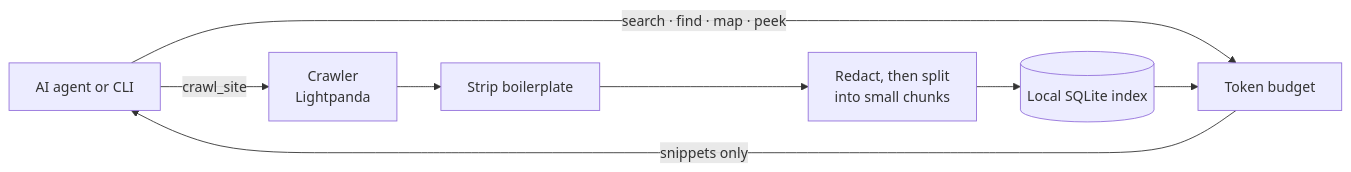
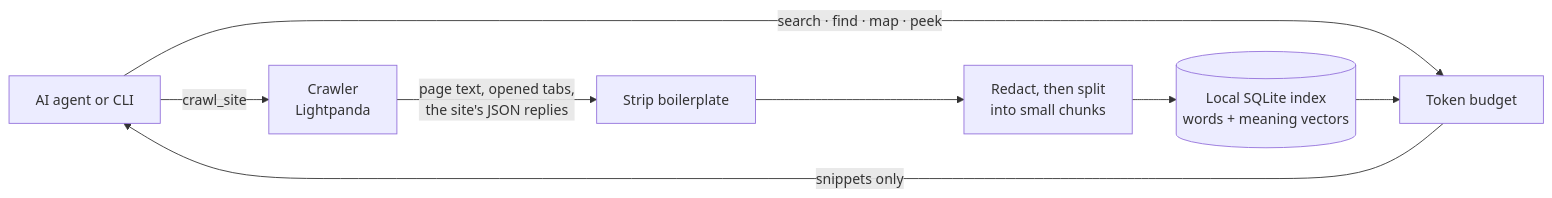
The diagram in README.md (Baimmmss/veilcrawl), drawn with Mermaid before and after one commit. The commit also changed other lines of this file and 14 other files, not shown here.

````diff
--- a/README.md
+++ b/README.md
@@ -217,10 +244,10 @@
 ```mermaid
 flowchart LR
     Agent["AI agent or CLI"] -->|crawl_site| Crawler["Crawler<br/>Lightpanda"]
-    Crawler --> Extract["Strip boilerplate"]
+    Crawler -->|"page text, opened tabs,<br/>the site's JSON replies"| Extract["Strip boilerplate"]
     Extract --> Redact["Redact, then split<br/>into small chunks"]
-    Redact --> Index[("Local SQLite index")]
+    Redact --> Index[("Local SQLite index<br/>words + meaning vectors")]
     Agent -->|"search · find · map · peek"| Budget["Token budget"]
     Index --> Budget
     Budget -->|snippets only| Agent
 ```
````
